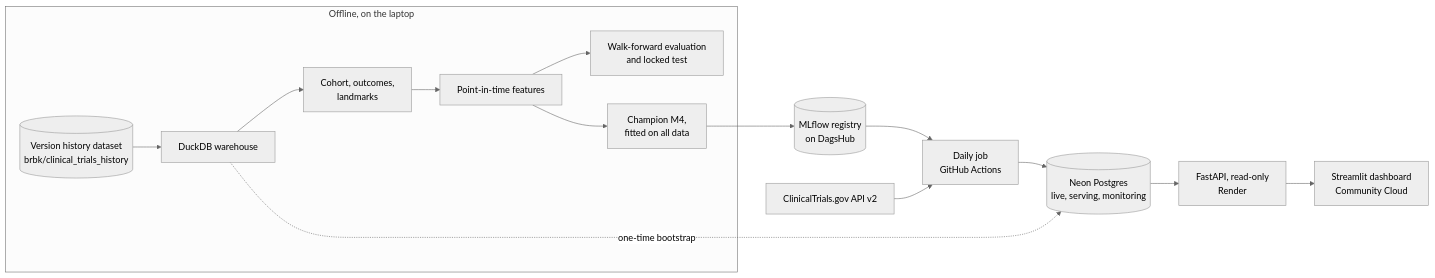
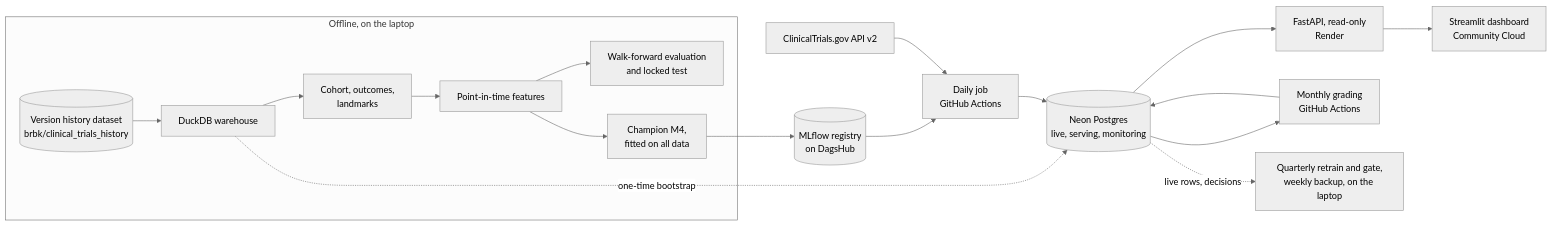
Before and after one commit to aakrisht-26/trialpulse: the diagram in README.md, drawn with Mermaid (neutral theme). The commit also changed other lines of this file and 1 other file, not shown here.

Commit message:
docs(readme): the live loop since go-live, Step 17's monitoring and gate, current limitations

````diff
--- a/README.md
+++ b/README.md
@@ -43,24 +45,28 @@
 ```mermaid
 flowchart LR
     subgraph laptop["Offline, on the laptop"]
         HF[("Version history dataset<br/>brbk/clinical_trials_history")]
         WH["DuckDB warehouse"]
         COH["Cohort, outcomes,<br/>landmarks"]
         FEAT["Point-in-time features"]
         EVAL["Walk-forward evaluation<br/>and locked test"]
         FIT["Champion M4,<br/>fitted on all data"]
         HF --> WH --> COH --> FEAT
         FEAT --> EVAL
         FEAT --> FIT
     end
     REG[("MLflow registry<br/>on DagsHub")]
     CTG["ClinicalTrials.gov API v2"]
     DAILY["Daily job<br/>GitHub Actions"]
     NEON[("Neon Postgres<br/>live, serving, monitoring")]
     API["FastAPI, read-only<br/>Render"]
     DASH["Streamlit dashboard<br/>Community Cloud"]
     FIT --> REG --> DAILY
     WH -.->|"one-time bootstrap"| NEON
     CTG --> DAILY --> NEON
     NEON --> API --> DASH
+    GRADE["Monthly grading<br/>GitHub Actions"]
+    RETRAIN["Quarterly retrain and gate,<br/>weekly backup, on the laptop"]
+    NEON --> GRADE --> NEON
+    NEON -.->|"live rows, decisions"| RETRAIN
 ```
````
